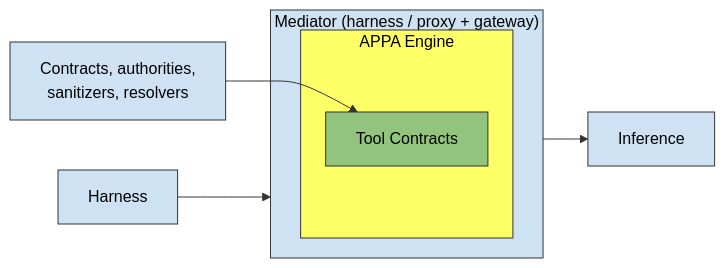
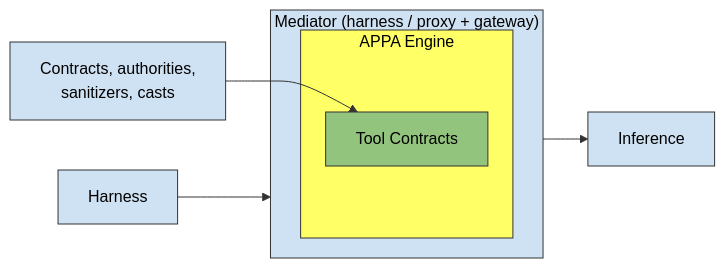
Before and after one commit to archestra-ai/OpenAPPA: the diagram in docs/spec.md, drawn with Mermaid. The commit also changed other lines of this file and 1 other file, not shown here.

````diff
--- a/docs/spec.md
+++ b/docs/spec.md
@@ -58,18 +58,18 @@
 ```mermaid
 flowchart LR
     Harness --> Mediator
     subgraph Mediator["Mediator (harness / proxy + gateway)"]
         subgraph Engine["APPA Engine"]
             Contract["Tool Contracts"]
         end
     end
     Mediator --> Inference
-    Config["Contracts, authorities,<br/>sanitizers, resolvers"] --> Contract
+    Config["Contracts, authorities,<br/>sanitizers, casts"] --> Contract
 
     classDef blue fill:#cfe2f3,stroke:#333,color:#000
     classDef yellow fill:#ffff66,stroke:#333,color:#000
     classDef green fill:#93c47d,stroke:#333,color:#000
     class Harness,Inference,Config,Mediator blue
     class Engine yellow
     class Contract green
 ```
````
